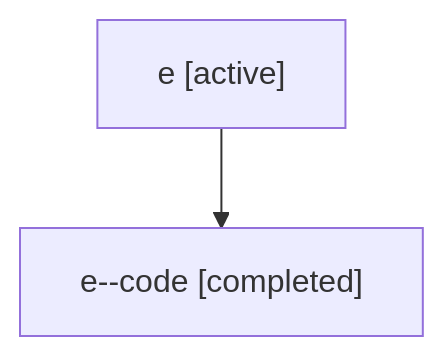
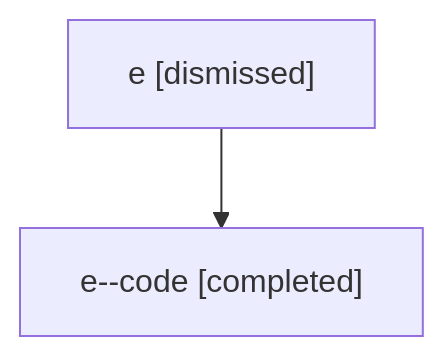
One commit to sase-org/sase--agents changed the diagram in sessions/bbugyi200.athena.e.md. Above: the diagram before and after it, drawn with Mermaid. The commit also changed other lines of this file and 33 other files, not shown here.

````diff
--- a/sessions/bbugyi200.athena.e.md
+++ b/sessions/bbugyi200.athena.e.md
@@ -9,6 +9,6 @@
 ```mermaid
 flowchart TD
-  n0["e [active]"]
+  n0["e [dismissed]"]
   n1["e--code [completed]"]
   n0 --> n1
 ```
````
